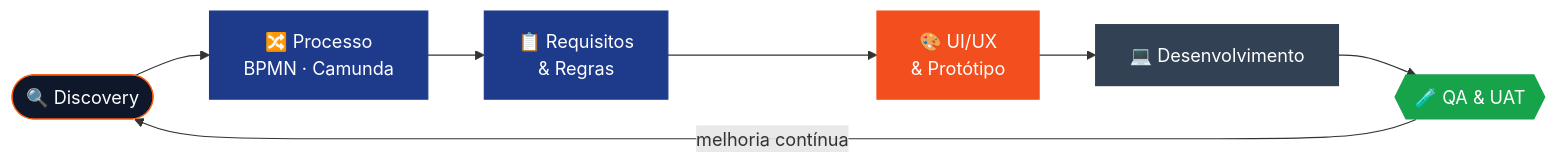
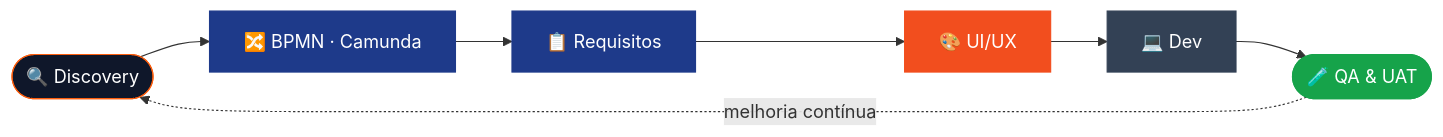
Before and after one commit to gasparteca/gasparteca: the diagram in README.md, drawn with Mermaid. The commit also changed other lines of this file, not shown here.

````diff
--- a/README.md
+++ b/README.md
@@ -59,16 +59,16 @@
 ```mermaid
 flowchart LR
-    A([🔍 Discovery]) --> B[🔀 Processo<br/>BPMN · Camunda]
-    B --> C[📋 Requisitos<br/>& Regras]
-    C --> D[🎨 UI/UX<br/>& Protótipo]
-    D --> E[💻 Desenvolvimento]
-    E --> F{{🧪 QA & UAT}}
-    F -- melhoria contínua --> A
+    A([🔍 Discovery]) --> B[🔀 BPMN · Camunda]
+    B --> C[📋 Requisitos]
+    C --> D[🎨 UI/UX]
+    D --> E[💻 Dev]
+    E --> F([🧪 QA & UAT])
+    F -. melhoria contínua .-> A
 
     style A fill:#0F172A,stroke:#FC5D0D,color:#fff
     style B fill:#1E3A8A,stroke:#1E3A8A,color:#fff
     style C fill:#1E3A8A,stroke:#1E3A8A,color:#fff
     style D fill:#F24E1E,stroke:#F24E1E,color:#fff
     style E fill:#334155,stroke:#334155,color:#fff
     style F fill:#16A34A,stroke:#16A34A,color:#fff
 ```
````
